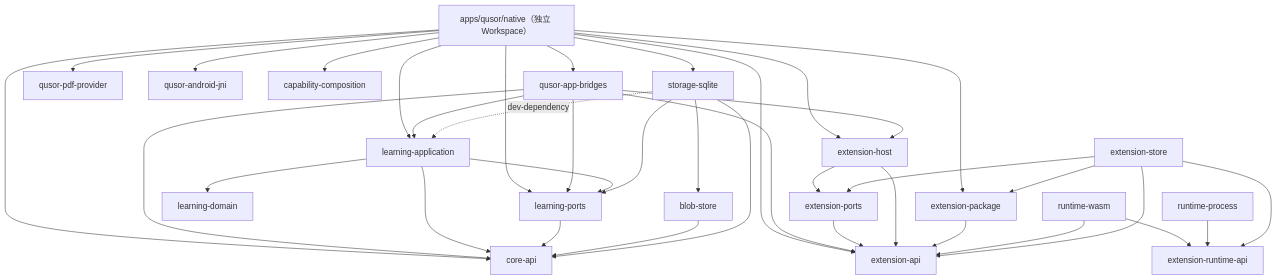
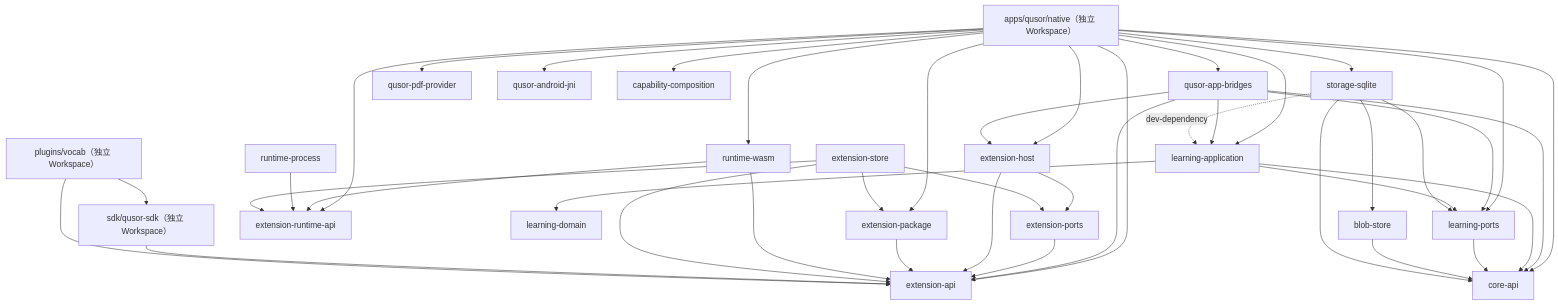
One commit to csic21/qusor changed the first of 2 diagrams in docs/architecture/README.md. Above: the diagram before and after it, drawn with Mermaid. The commit also changed other lines of this file and 3 other files, not shown here.

Commit message:
docs: finalize scope 1A/2A/3A and integrate vocab Wasm plugin status

````diff
--- a/docs/architecture/README.md
+++ b/docs/architecture/README.md
@@ -39,44 +39,50 @@
 ```mermaid
 flowchart TD
     AppNative["apps/qusor/native（独立 Workspace）"] --> Bridges["qusor-app-bridges"]
     AppNative --> PdfProv["qusor-pdf-provider"]
     AppNative --> AndroidJni["qusor-android-jni"]
     AppNative --> CapComp["capability-composition"]
     AppNative --> CoreAPI["core-api"]
     AppNative --> ExtAPI["extension-api"]
     AppNative --> ExtHost["extension-host"]
     AppNative --> ExtPkg["extension-package"]
     AppNative --> LearnApp["learning-application"]
     AppNative --> LearnPorts["learning-ports"]
+    AppNative --> RuntimeAPI["extension-runtime-api"]
+    AppNative --> RuntimeWasm["runtime-wasm"]
     AppNative --> Sqlite["storage-sqlite"]
 
     Bridges --> CoreAPI
     Bridges --> ExtAPI
     Bridges --> ExtHost
     Bridges --> LearnApp
     Bridges --> LearnPorts
 
     LearnApp --> CoreAPI
     LearnApp --> LearnDomain["learning-domain"]
     LearnApp --> LearnPorts
     LearnPorts --> CoreAPI
 
     Blob["blob-store"] --> CoreAPI
     Sqlite --> Blob
     Sqlite --> CoreAPI
     Sqlite --> LearnPorts
     Sqlite -. "dev-dependency" .-> LearnApp
 
     ExtPorts["extension-ports"] --> ExtAPI
     ExtHost --> ExtAPI
     ExtHost --> ExtPorts
     ExtPkg --> ExtAPI
     RuntimeWasm["runtime-wasm"] --> ExtAPI
     RuntimeWasm --> RuntimeAPI["extension-runtime-api"]
     RuntimeProc["runtime-process"] --> RuntimeAPI
 
     ExtStore["extension-store"] --> ExtAPI
     ExtStore --> ExtPorts
     ExtStore --> ExtPkg
     ExtStore --> RuntimeAPI
+
+    QusorSDK["sdk/qusor-sdk（独立 Workspace）"] --> ExtAPI
+    PluginVocab["plugins/vocab（独立 Workspace）"] --> QusorSDK
+    PluginVocab --> ExtAPI
 ```
````
